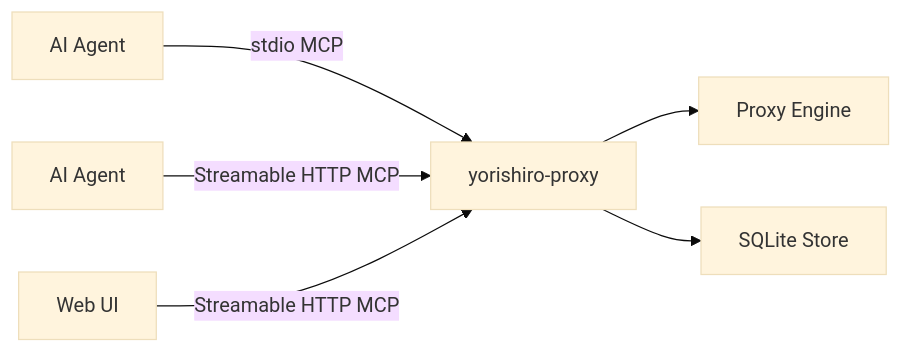
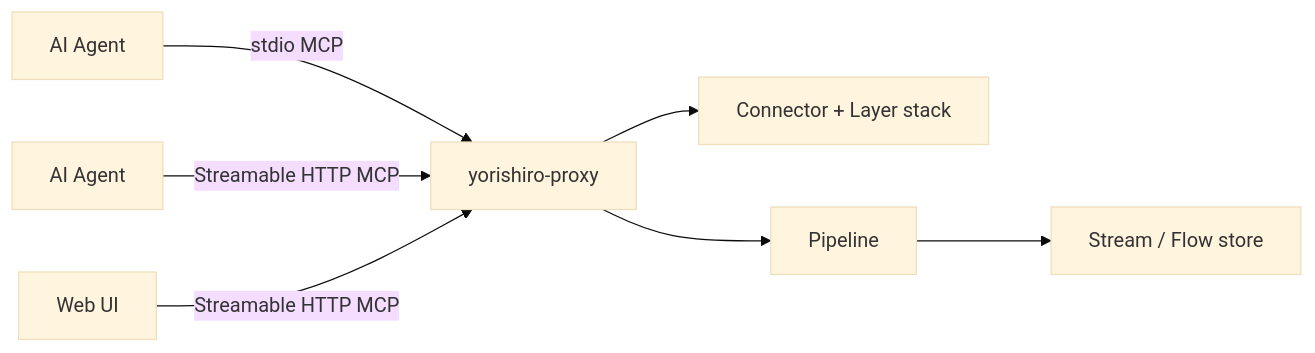
The second of 2 diagrams in docs/concepts/architecture.md (usk6666/yorishiro-proxy-docs), drawn with Mermaid (base theme) before and after one commit. The commit also changed other lines of this file, not shown here.

First line of the commit message:
docs(concepts): rewrite architecture page for RFC-001 Layer/Channel/Envelope model

````diff
--- a/docs/concepts/architecture.md
+++ b/docs/concepts/architecture.md
@@ -115,8 +186,9 @@
 ```mermaid
 flowchart LR
     A[AI Agent] -->|stdio MCP| B[yorishiro-proxy]
     C[AI Agent] -->|Streamable HTTP MCP| B
     D[Web UI] -->|Streamable HTTP MCP| B
-    B --> E[Proxy Engine]
-    B --> F[SQLite Store]
+    B --> E[Connector + Layer stack]
+    B --> F[Pipeline]
+    F --> G[Stream / Flow store]
 ```
````
